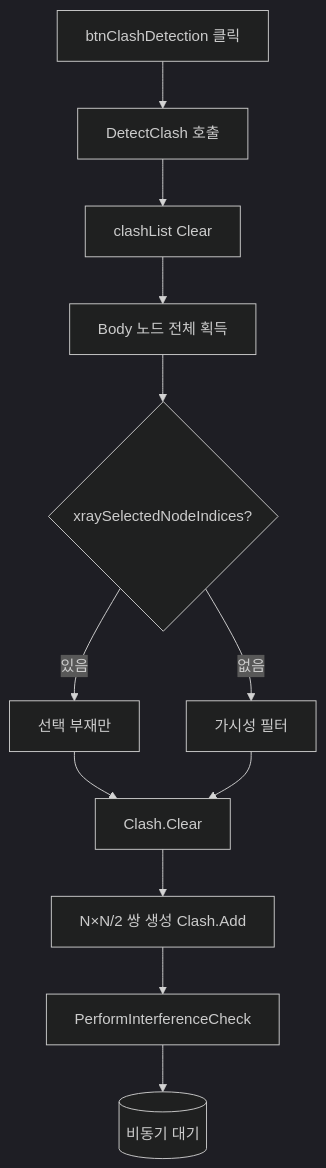
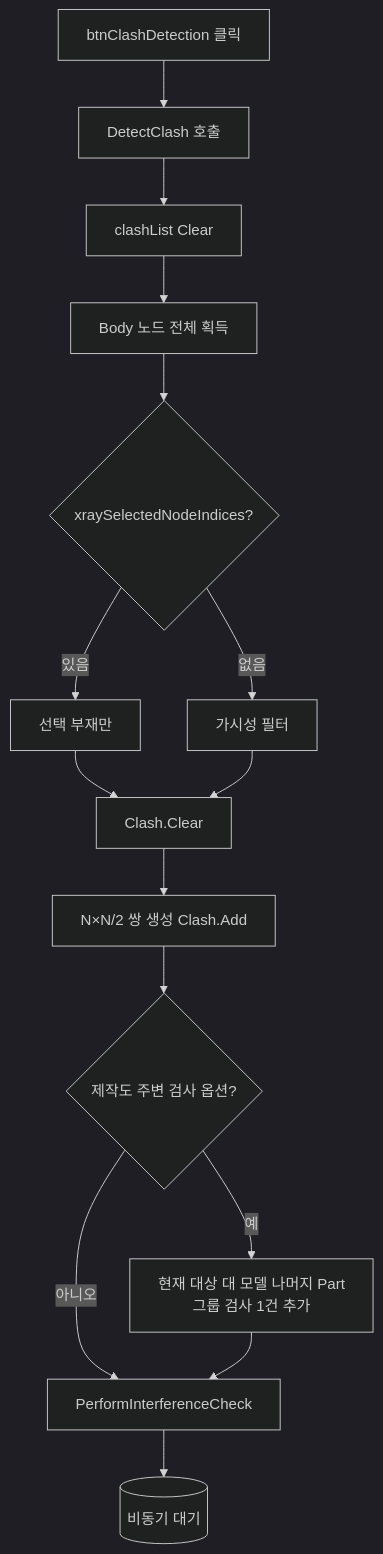
Before and after one commit to uuuuj/a2z: the diagram in docs/기능/간섭검사/간섭검사 실행.md, drawn with Mermaid (dark theme). The commit also changed other lines of this file and 14 other files, not shown here.

````diff
--- a/docs/기능/간섭검사/간섭검사 실행.md
+++ b/docs/기능/간섭검사/간섭검사 실행.md
@@ -29,14 +29,17 @@
 ```mermaid
 flowchart TD
     A[btnClashDetection 클릭] --> B[DetectClash 호출]
     B --> C[clashList Clear]
     C --> D[Body 노드 전체 획득]
     D --> E{xraySelectedNodeIndices?}
     E -- 있음 --> F[선택 부재만]
     E -- 없음 --> G[가시성 필터]
     F --> H[Clash.Clear]
     G --> H
     H --> I[N×N/2 쌍 생성 Clash.Add]
-    I --> J[PerformInterferenceCheck]
+    I --> I2{제작도 주변 검사 옵션?}
+    I2 -- 예 --> I3[현재 대상 대 모델 나머지 Part<br/>그룹 검사 1건 추가]
+    I2 -- 아니오 --> J[PerformInterferenceCheck]
+    I3 --> J
     J --> K[(비동기 대기)]
 ```
````
